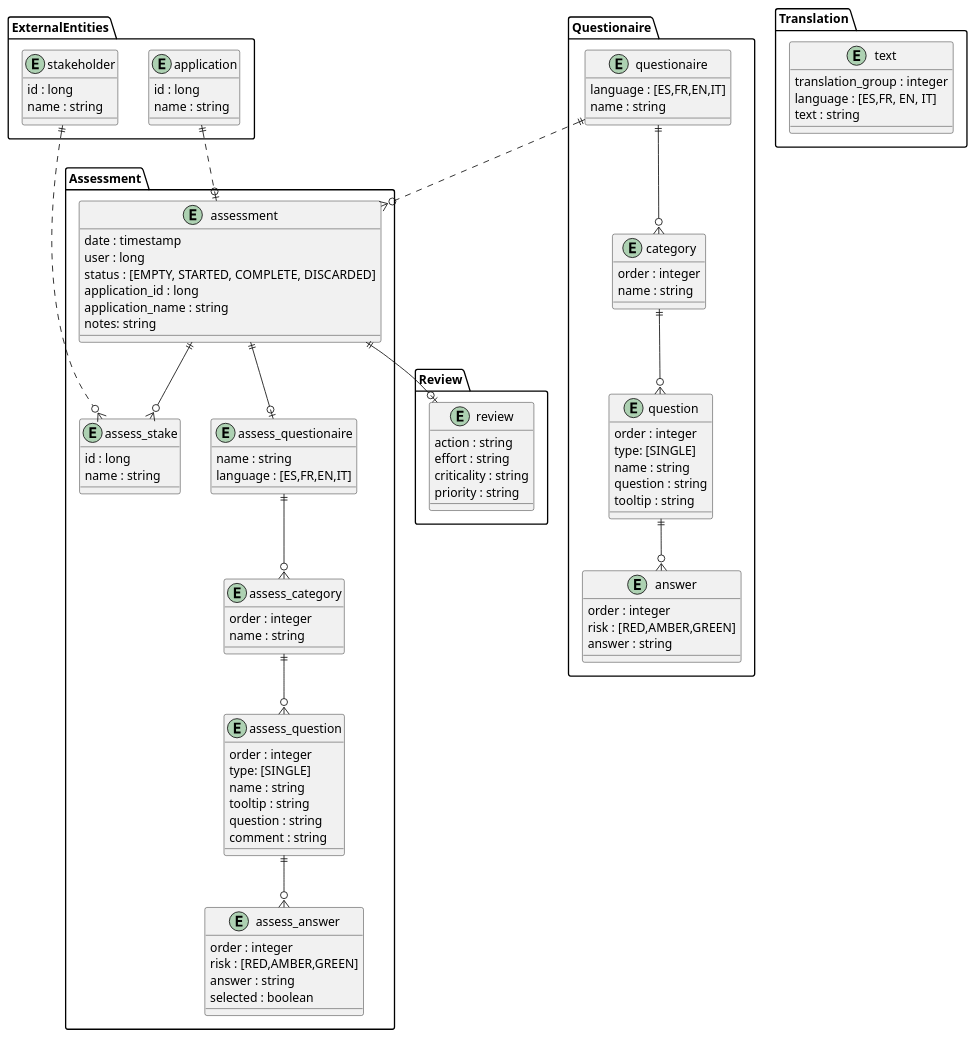
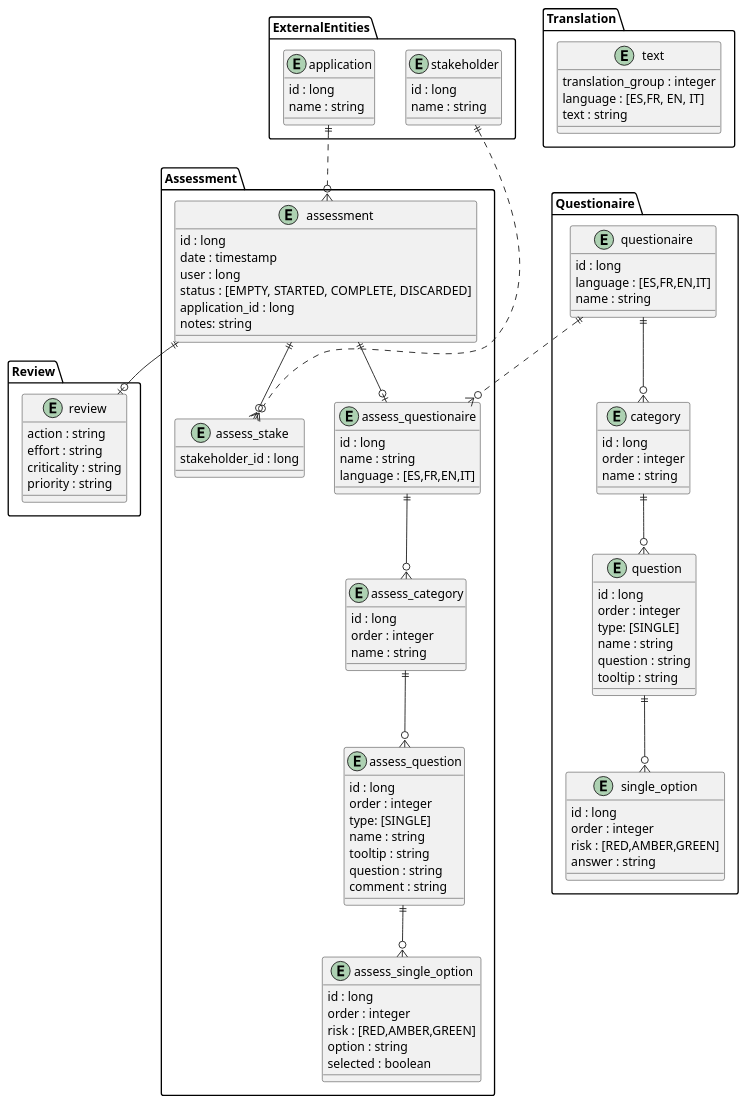
Before and after one commit to konveyor/tackle-pathfinder: the diagram in doc/diagrams/src/classes.model.plantuml, drawn with PlantUML. The commit also changed 19 other files, not shown here.

```diff
--- a/doc/diagrams/src/classes.model.plantuml
+++ b/doc/diagrams/src/classes.model.plantuml
@@ -1,109 +1,117 @@
 @startuml "Model"
 
 package ExternalEntities {
     entity stakeholder {
         id : long
         name : string
     }
     entity application {
         id : long
         name : string
     }
 }
 
 package Assessment {
 
     entity assessment {
+        id : long
         date : timestamp
         user : long
         status : [EMPTY, STARTED, COMPLETE, DISCARDED]
         application_id : long
-        application_name : string
         notes: string
     }
     entity assess_questionaire {
+        id : long
         name : string
         language : [ES,FR,EN,IT]
     }
     entity assess_category {
+        id : long
         order : integer
         name : string
     }
     entity assess_question {
+        id : long
         order : integer
         type: [SINGLE]
         name : string
         tooltip : string
         question : string
         comment : string
     }
 
-    entity assess_answer {
+    entity assess_single_option {
+        id : long
         order : integer
         risk : [RED,AMBER,GREEN]
-        answer : string
+        option : string
         selected : boolean
     }
 
     entity assess_stake {
-        id : long
-        name : string
+        stakeholder_id : long
     }
+
     assess_questionaire ||--o{ assess_category
     assess_category ||--o{ assess_question
-    assess_question ||--o{ assess_answer
+    assess_question ||--o{ assess_single_option
     assessment ||--o| assess_questionaire
 
 }
 package Review {
     entity review {
         action : string
         effort : string
         criticality : string
         priority : string
     }
 }
 
 package Questionaire {
     entity questionaire {
+        id : long
         language : [ES,FR,EN,IT]
         name : string
     }
     entity category {
+        id : long
         order : integer
         name : string
     }
     entity question {
+        id : long
         order : integer
         type: [SINGLE]
         name : string
         question : string
         tooltip : string
     }
-    entity answer {
+    entity single_option {
+        id : long
         order : integer
         risk : [RED,AMBER,GREEN]
         answer : string
     }
     questionaire ||--o{ category
     category ||--o{ question
-    question ||--o{ answer
+    question ||--o{ single_option
 }
 
 package Translation {
     entity text {
         translation_group : integer
         language : [ES,FR, EN, IT]
         text : string
     }
 }
 
 assessment ||--o{ assess_stake
 assessment ||--o| review
 
-application ||..o| assessment
+application ||..o{ assessment
 stakeholder ||..o{ assess_stake
 
-questionaire ||..o{ assessment
+questionaire ||..o{ assess_questionaire
 
 @enduml
```
